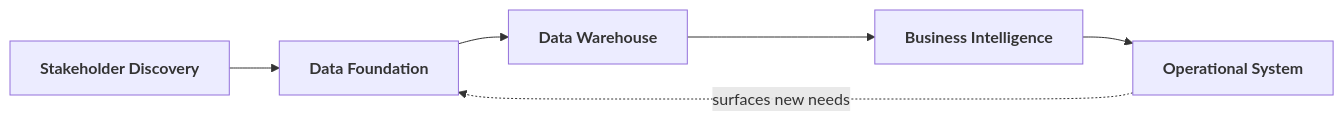
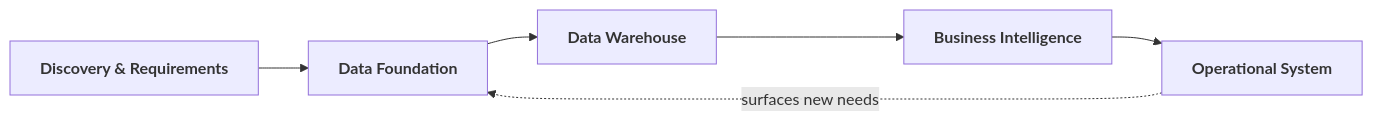
The first of 2 diagrams in README.md (arohit-talari/lakshira-inventory-management-system), drawn with Mermaid before and after one commit. The commit also changed other lines of this file and 1 other file, not shown here.

First line of the commit message:
Align stage naming: Discovery & Requirements everywhere, tighten Stage 1 table

````diff
--- a/README.md
+++ b/README.md
@@ -7,8 +7,8 @@
 ```mermaid
 flowchart LR
-    A["`**Stakeholder Discovery**`"] --> B["`**Data Foundation**`"]
+    A["`**Discovery &amp; Requirements**`"] --> B["`**Data Foundation**`"]
     B --> C["`**Data Warehouse**`"]
     C --> D["`**Business Intelligence**`"]
     D --> E["`**Operational System**`"]
     E -.->|surfaces new needs| B
 ```
````
